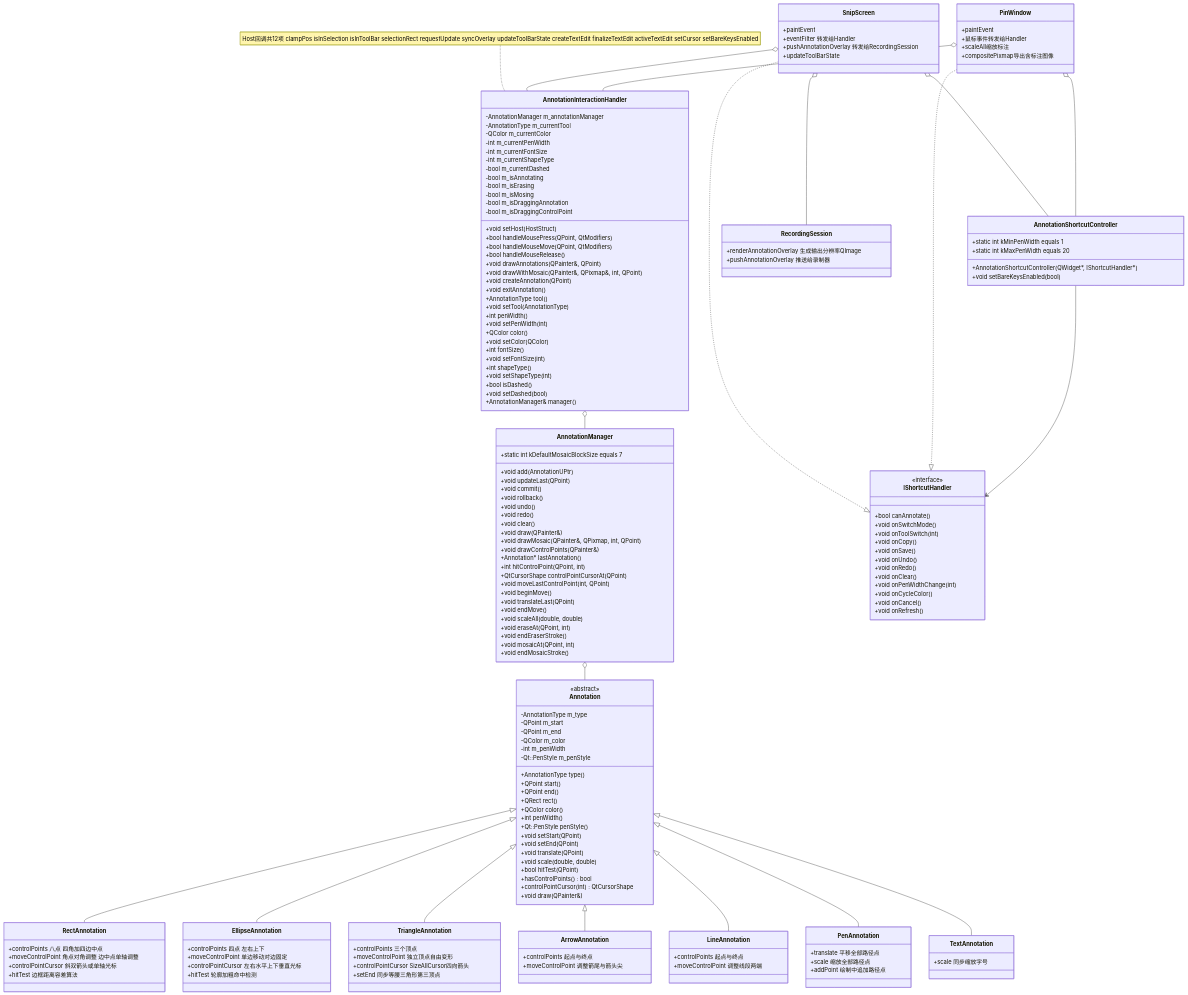
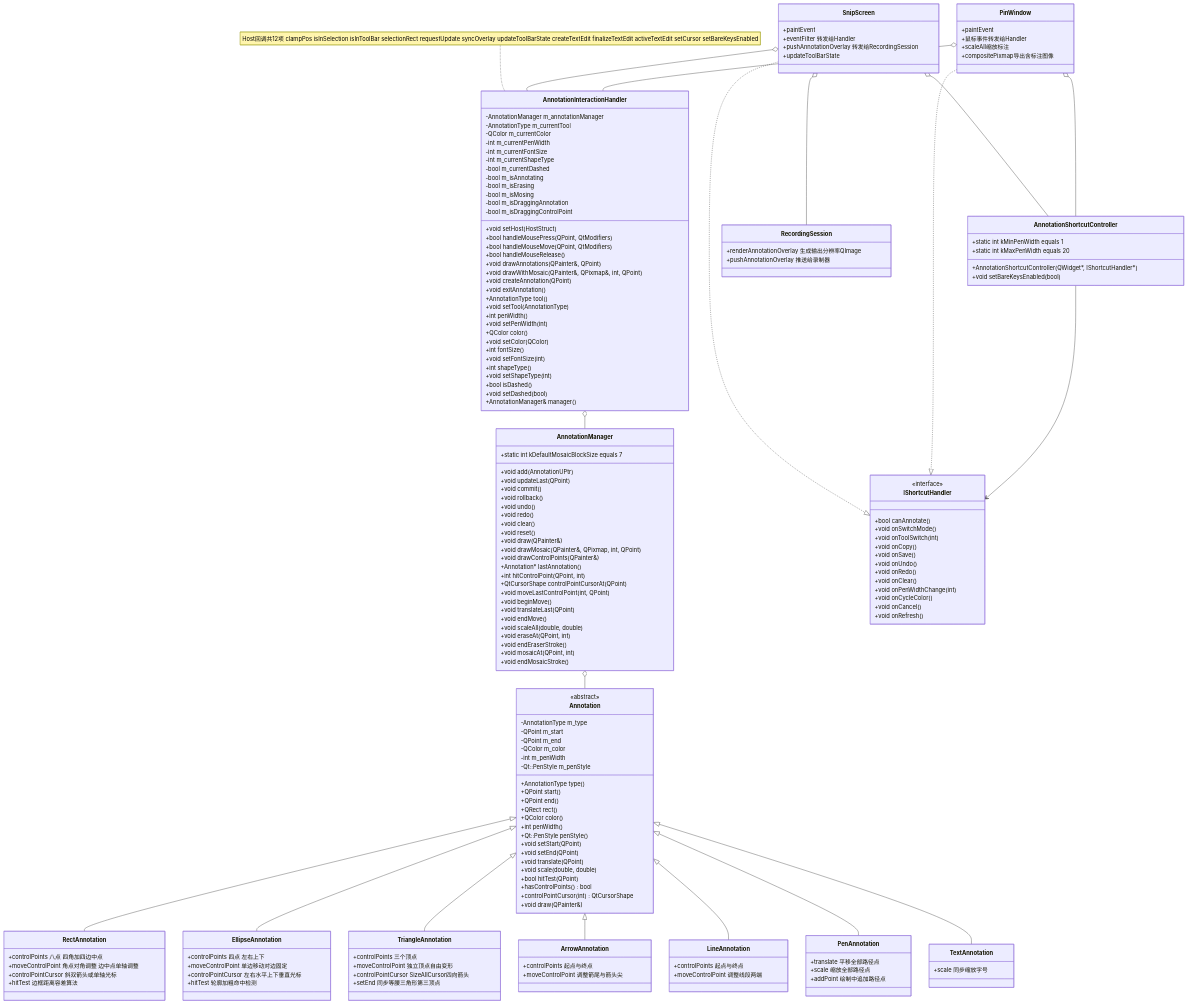
The second of 12 diagrams in docs/annotation.md (ChiangyangNPU/quick-shot), drawn with Mermaid before and after one commit. The commit also changed other lines of this file and 5 other files, not shown here.

```diff
--- a/docs/annotation.md
+++ b/docs/annotation.md
@@ -172,6 +172,7 @@
         +void undo()
         +void redo()
         +void clear()
+        +void reset()
         +void draw(QPainter&)
         +void drawMosaic(QPainter&, QPixmap, int, QPoint)
         +void drawControlPoints(QPainter&)
```
